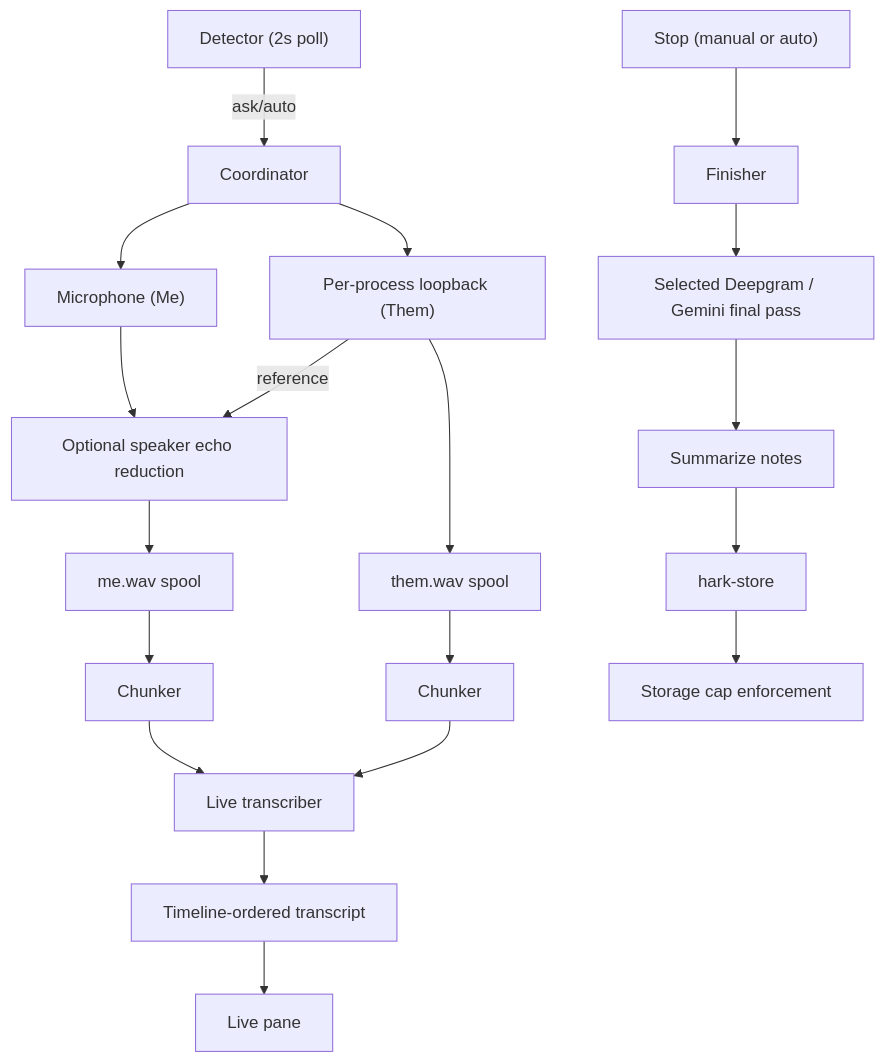
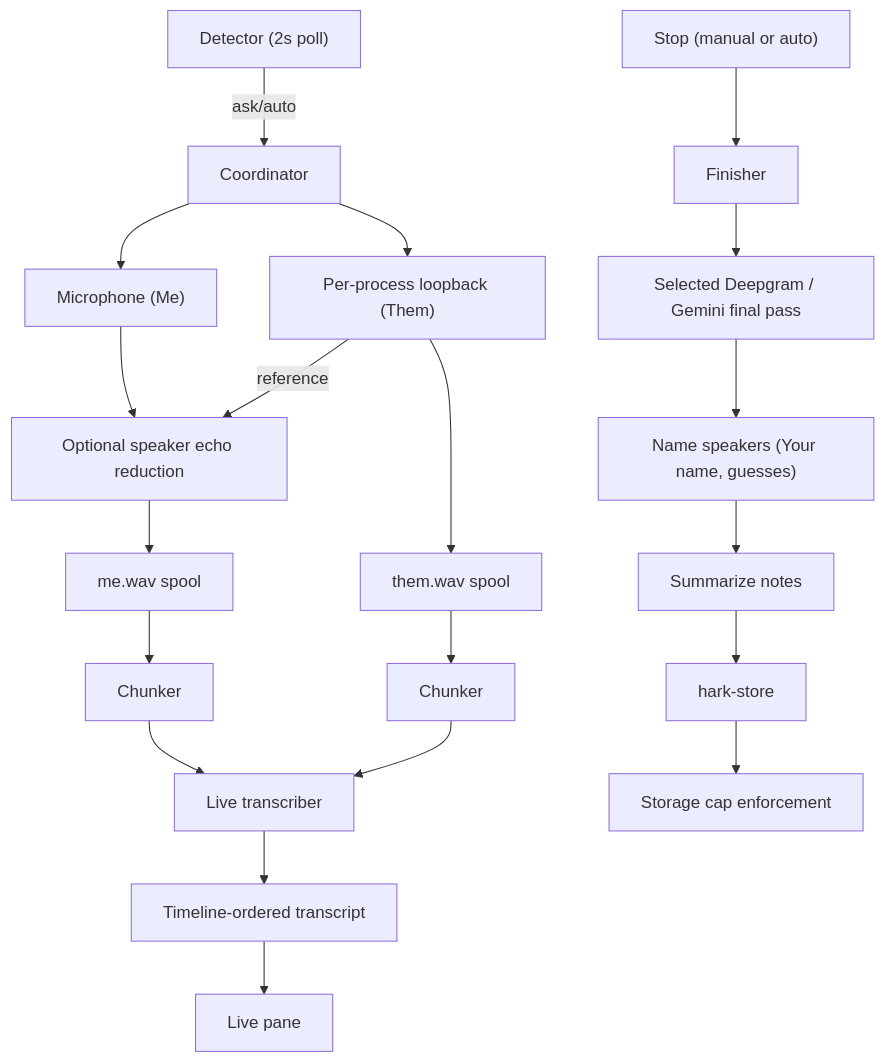
The diagram in Docs/features/MEETINGS.md (BoardPandas/Hark), drawn with Mermaid before and after one commit. The commit also changed other lines of this file and 15 other files, not shown here.

````diff
--- a/Docs/features/MEETINGS.md
+++ b/Docs/features/MEETINGS.md
@@ -57,21 +71,22 @@
 ```mermaid
 graph TD
     Mic["Microphone (Me)"] --> Echo["Optional speaker echo reduction"]
     Echo --> Spool1["me.wav spool"]
     Loopback["Per-process loopback (Them)"] --> Spool2["them.wav spool"]
     Loopback -->|reference| Echo
     Spool1 --> Chunk1["Chunker"]
     Spool2 --> Chunk2["Chunker"]
     Chunk1 --> Live["Live transcriber"]
     Chunk2 --> Live
     Live --> Merge["Timeline-ordered transcript"]
     Merge --> UI["Live pane"]
     Detector["Detector (2s poll)"] -->|ask/auto| Coordinator
     Coordinator["Coordinator"] --> Mic
     Coordinator --> Loopback
     Stop["Stop (manual or auto)"] --> Finish["Finisher"]
     Finish --> FinalPass["Selected Deepgram / Gemini final pass"]
-    FinalPass --> Notes["Summarize notes"]
+    FinalPass --> Names["Name speakers (Your name, guesses)"]
+    Names --> Notes["Summarize notes"]
     Notes --> Store["hark-store"]
     Store --> Cap["Storage cap enforcement"]
 ```
````
